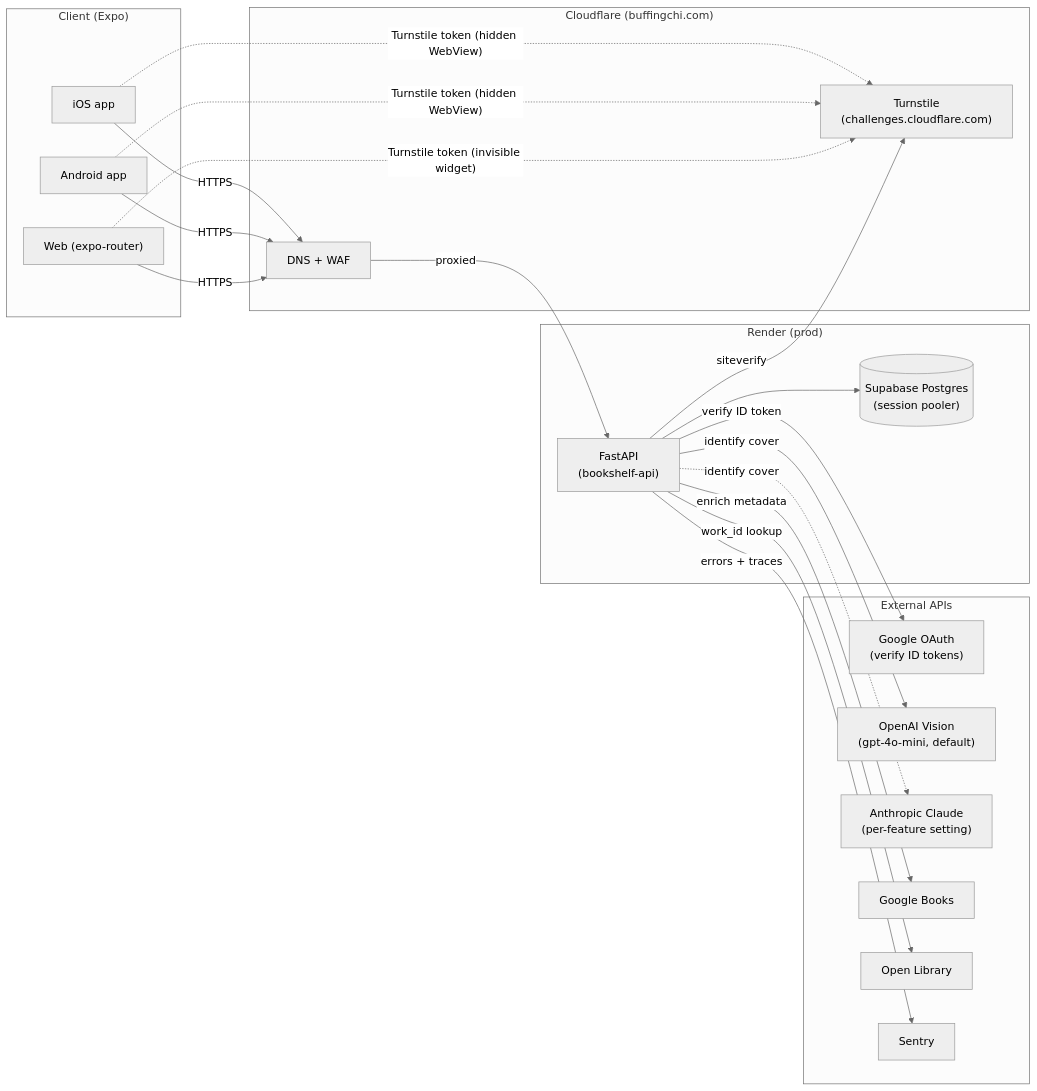
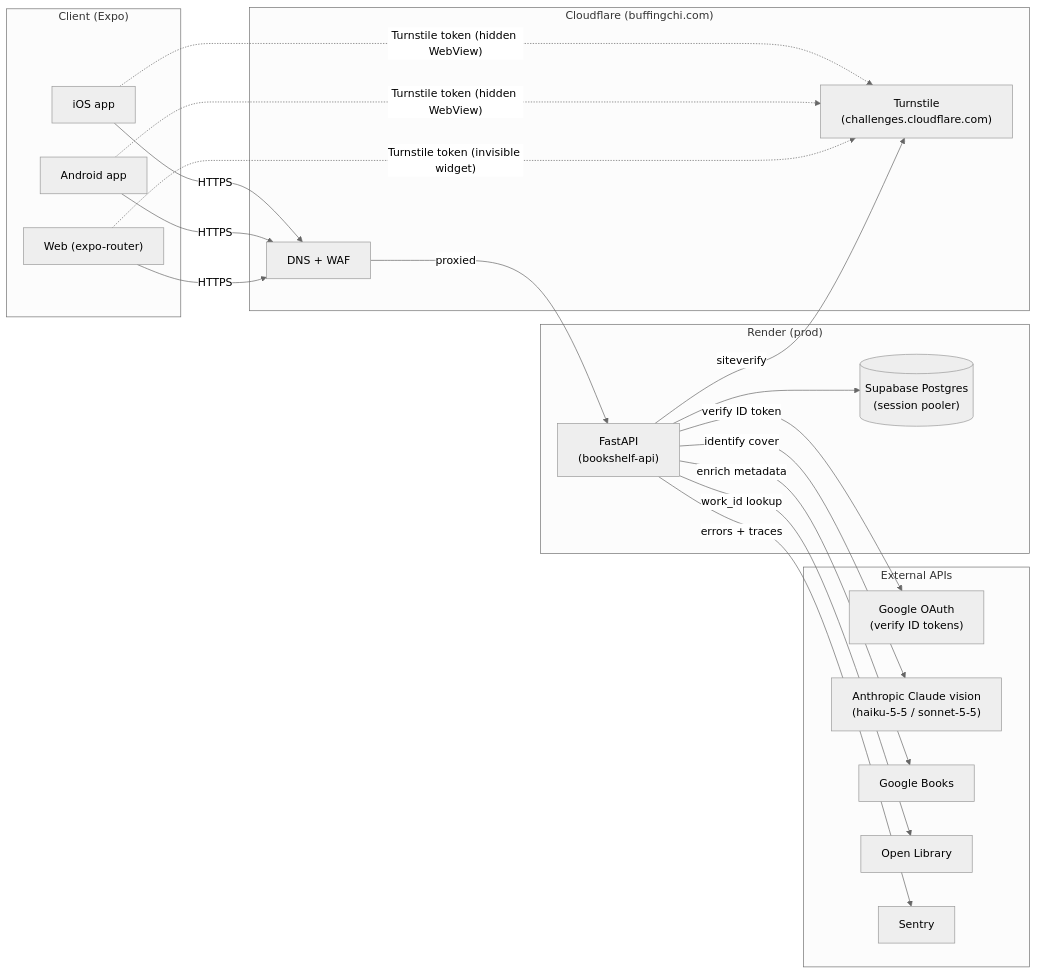
The diagram in docs/architecture.md (wcmchenry3-stack/BookshelfAI), drawn with Mermaid (neutral theme) before and after one commit. The commit also changed other lines of this file and 120 other files, not shown here.

First line of the commit message:
refactor: remove the OpenAI provider, Claude is the only AI provider (#1007)

````diff
--- a/docs/architecture.md
+++ b/docs/architecture.md
@@ -7,49 +7,46 @@
 ```mermaid
 flowchart LR
   subgraph Client["Client (Expo)"]
     iOS["iOS app"]
     Android["Android app"]
     Web["Web (expo-router)"]
   end
 
   subgraph CF["Cloudflare (buffingchi.com)"]
     DNS["DNS + WAF"]
     Turnstile["Turnstile
 (challenges.cloudflare.com)"]
   end
 
   subgraph Render["Render (prod)"]
     API["FastAPI
 (bookshelf-api)"]
     DB[("Supabase Postgres
 (session pooler)")]
   end
 
   subgraph External["External APIs"]
     GoogleOAuth["Google OAuth
 (verify ID tokens)"]
-    OpenAI["OpenAI Vision
-(gpt-4o-mini, default)"]
-    Claude["Anthropic Claude
-(per-feature setting)"]
+    Claude["Anthropic Claude vision
+(haiku-5-5 / sonnet-5-5)"]
     GoogleBooks["Google Books"]
     OpenLib["Open Library"]
     Sentry["Sentry"]
   end
 
   iOS -- HTTPS --> DNS
   Android -- HTTPS --> DNS
   Web -- HTTPS --> DNS
   DNS -- proxied --> API
   API --> DB
   API -- verify ID token --> GoogleOAuth
-  API -- identify cover --> OpenAI
-  API -. identify cover .-> Claude
+  API -- identify cover --> Claude
   API -- enrich metadata --> GoogleBooks
   API -- work_id lookup --> OpenLib
   API -- errors + traces --> Sentry
   iOS -. Turnstile token (hidden WebView) .-> Turnstile
   Android -. Turnstile token (hidden WebView) .-> Turnstile
   Web -. Turnstile token (invisible widget) .-> Turnstile
   API -- siteverify --> Turnstile
 ```
````
